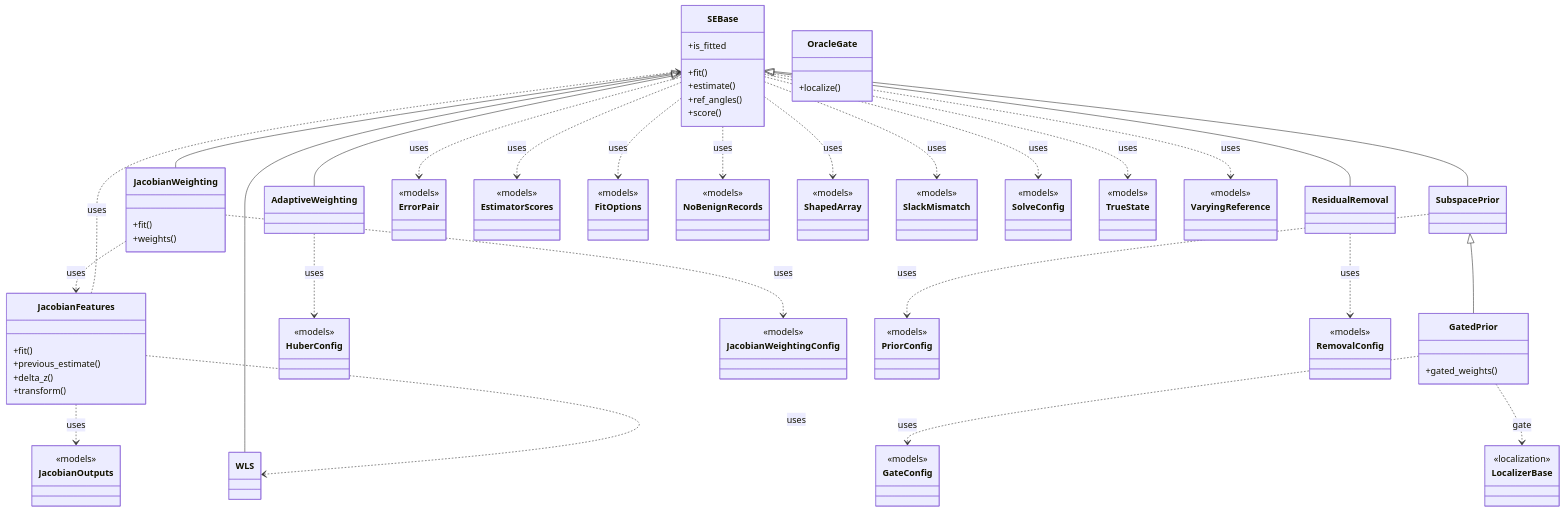
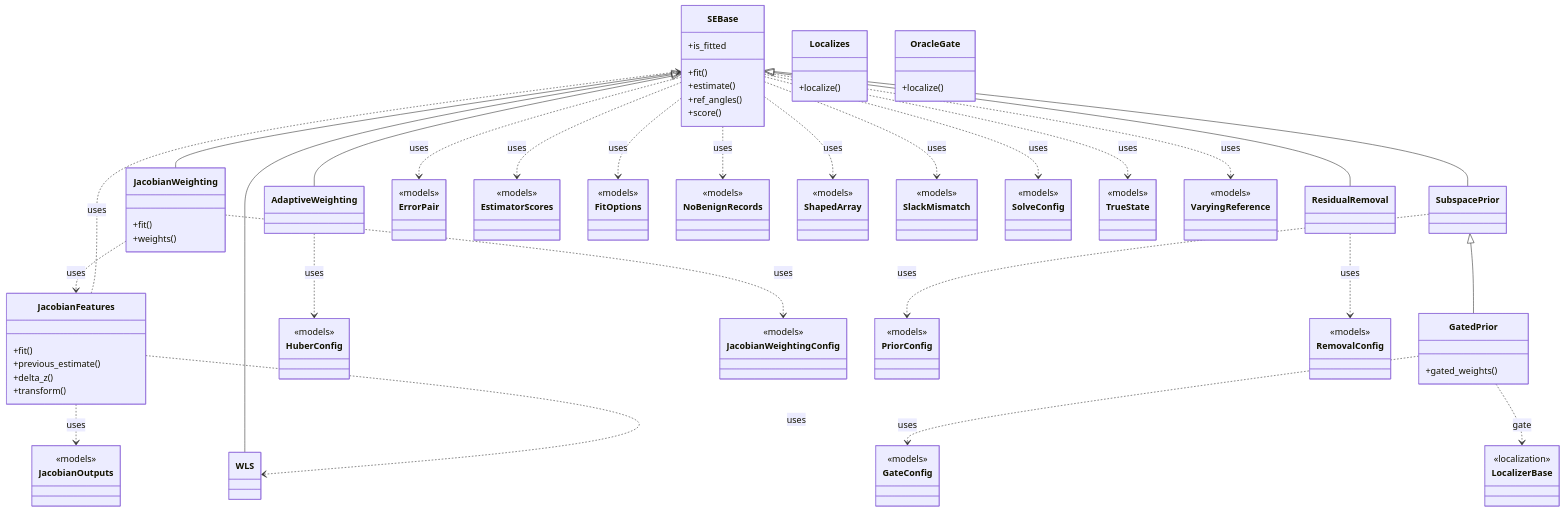
The diagram in docs/figures/diagrams/classes_estimation.mmd (myersben9/fdia-graph), drawn with Mermaid before and after one commit. The commit also changed 50 other files, not shown here.

```diff
--- a/docs/figures/diagrams/classes_estimation.mmd
+++ b/docs/figures/diagrams/classes_estimation.mmd
@@ -1,105 +1,108 @@
 classDiagram
     class SEBase {
         +fit()
         +is_fitted
         +estimate()
         +ref_angles()
         +score()
     }
     class WLS {
     }
     class AdaptiveWeighting {
     }
     class ResidualRemoval {
     }
     class SubspacePrior {
     }
     class JacobianWeighting {
         +fit()
         +weights()
+    }
+    class Localizes {
+        +localize()
     }
     class OracleGate {
         +localize()
     }
     class GatedPrior {
         +gated_weights()
     }
     class JacobianFeatures {
         +fit()
         +previous_estimate()
         +delta_z()
         +transform()
     }
     class ErrorPair {
         <<models>>
     }
     class EstimatorScores {
         <<models>>
     }
     class FitOptions {
         <<models>>
     }
     class GateConfig {
         <<models>>
     }
     class HuberConfig {
         <<models>>
     }
     class JacobianOutputs {
         <<models>>
     }
     class JacobianWeightingConfig {
         <<models>>
     }
     class LocalizerBase {
         <<localization>>
     }
     class NoBenignRecords {
         <<models>>
     }
     class PriorConfig {
         <<models>>
     }
     class RemovalConfig {
         <<models>>
     }
     class ShapedArray {
         <<models>>
     }
     class SlackMismatch {
         <<models>>
     }
     class SolveConfig {
         <<models>>
     }
     class TrueState {
         <<models>>
     }
     class VaryingReference {
         <<models>>
     }
     SEBase <|-- AdaptiveWeighting
     SEBase <|-- JacobianWeighting
     SEBase <|-- ResidualRemoval
     SEBase <|-- SubspacePrior
     SEBase <|-- WLS
     SubspacePrior <|-- GatedPrior
     AdaptiveWeighting ..> HuberConfig : uses
     GatedPrior ..> GateConfig : uses
     GatedPrior ..> LocalizerBase : gate
     JacobianFeatures ..> JacobianOutputs : uses
     JacobianFeatures ..> SEBase : uses
     JacobianFeatures ..> WLS : uses
     JacobianWeighting ..> JacobianFeatures : uses
     JacobianWeighting ..> JacobianWeightingConfig : uses
     ResidualRemoval ..> RemovalConfig : uses
     SEBase ..> ErrorPair : uses
     SEBase ..> EstimatorScores : uses
     SEBase ..> FitOptions : uses
     SEBase ..> NoBenignRecords : uses
     SEBase ..> ShapedArray : uses
     SEBase ..> SlackMismatch : uses
     SEBase ..> SolveConfig : uses
     SEBase ..> TrueState : uses
     SEBase ..> VaryingReference : uses
     SubspacePrior ..> PriorConfig : uses
```
